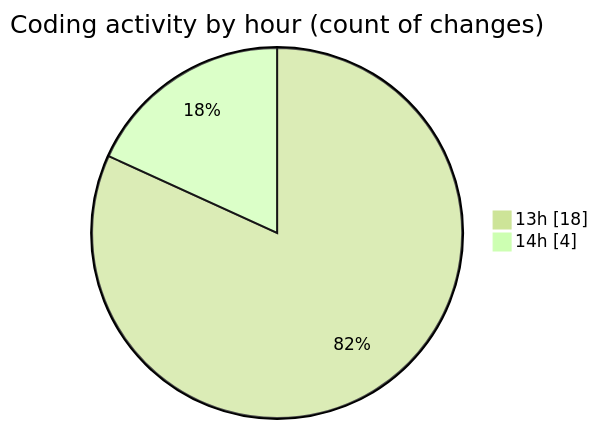
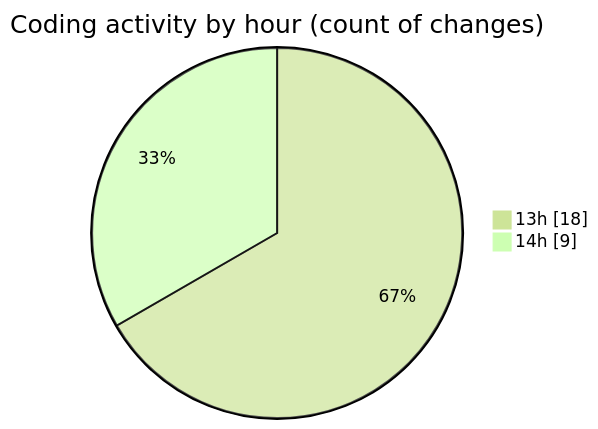
One commit to idhammustaqopulfikri/code-tracking changed the second of 2 diagrams in 2025-06-16/studio-backend/README.md. Above: the diagram before and after it, drawn with Mermaid (forest theme). The commit also changed other lines of this file and 1 other file, not shown here.

````diff
--- a/2025-06-16/studio-backend/README.md
+++ b/2025-06-16/studio-backend/README.md
@@ -32,6 +33,6 @@
 ```mermaid
 pie showData
 title Coding activity by hour (count of changes)
 "13h" : 18
-"14h" : 4
+"14h" : 9
 ```
````
